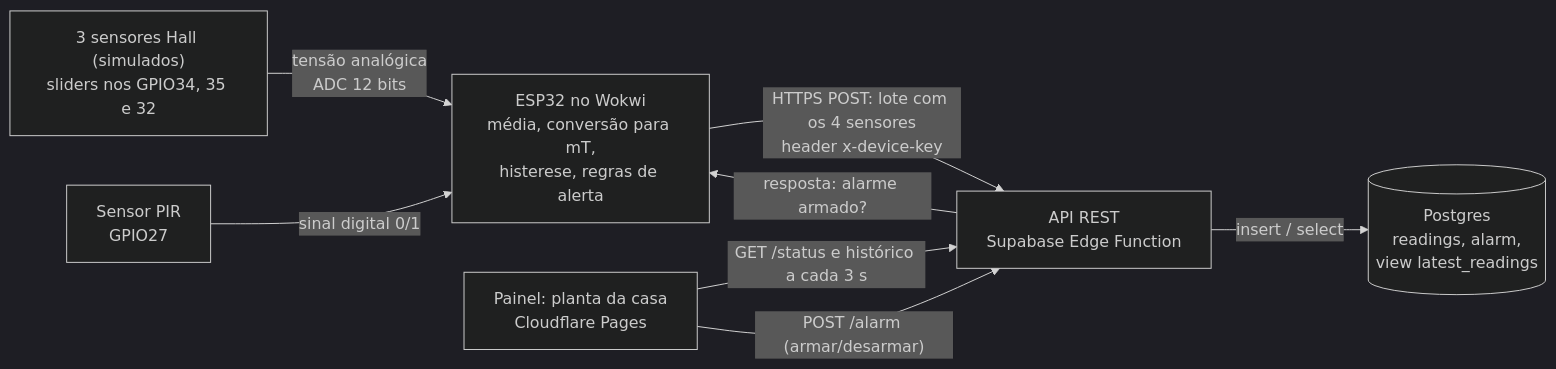
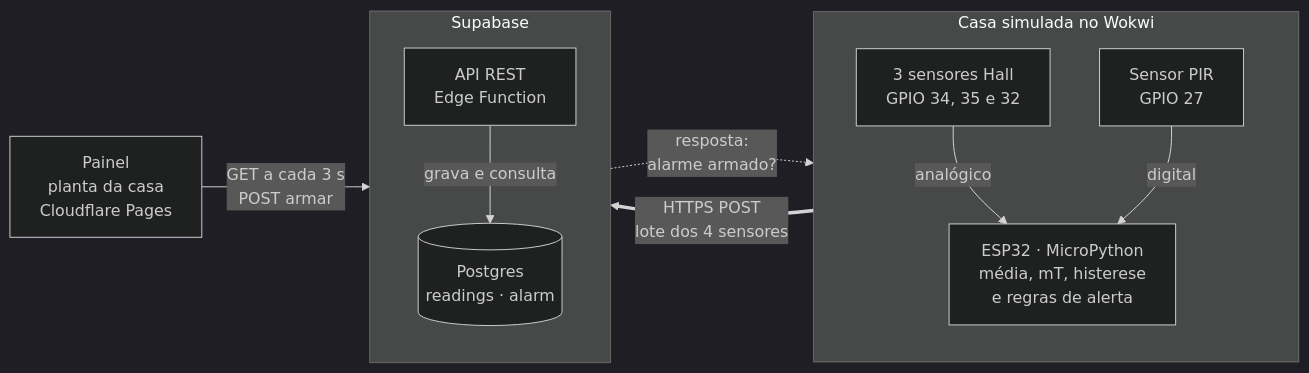
Before and after one commit to luizchicarelli/seguranca-residencial: the diagram in README.md, drawn with Mermaid (dark theme). The commit also changed 1 other file, not shown here.

Commit message:
Diagrama da arquitetura mais legivel no README e no relatorio

````diff
--- a/README.md
+++ b/README.md
@@ -15,10 +15,21 @@
 ```mermaid
 flowchart LR
-  H["3 sensores Hall (simulados)<br/>sliders nos GPIO34, 35 e 32"] -->|"tensão analógica<br/>ADC 12 bits"| E["ESP32 no Wokwi<br/>média, conversão para mT,<br/>histerese, regras de alerta"]
-  P["Sensor PIR<br/>GPIO27"] -->|"sinal digital 0/1"| E
-  E -->|"HTTPS POST: lote com os 4 sensores<br/>header x-device-key"| A["API REST<br/>Supabase Edge Function"]
-  A -->|"resposta: alarme armado?"| E
-  A -->|insert / select| D[("Postgres<br/>readings, alarm,<br/>view latest_readings")]
-  W["Painel: planta da casa<br/>Cloudflare Pages"] -->|"GET /status e histórico a cada 3 s"| A
-  W -->|"POST /alarm (armar/desarmar)"| A
+  subgraph casa["Casa simulada no Wokwi"]
+    direction TB
+    H["3 sensores Hall<br/>GPIO 34, 35 e 32"]
+    P["Sensor PIR<br/>GPIO 27"]
+    E["ESP32 · MicroPython<br/>média, mT, histerese<br/>e regras de alerta"]
+    H -->|analógico| E
+    P -->|digital| E
+  end
+  subgraph nuvem["Supabase"]
+    direction TB
+    A["API REST<br/>Edge Function"]
+    D[("Postgres<br/>readings · alarm")]
+    A -->|grava e consulta| D
+  end
+  W["Painel<br/>planta da casa<br/>Cloudflare Pages"]
+  E ==>|"HTTPS POST<br/>lote dos 4 sensores"| A
+  A -.->|"resposta:<br/>alarme armado?"| E
+  W -->|"GET a cada 3 s<br/>POST armar"| A
 ```
````
